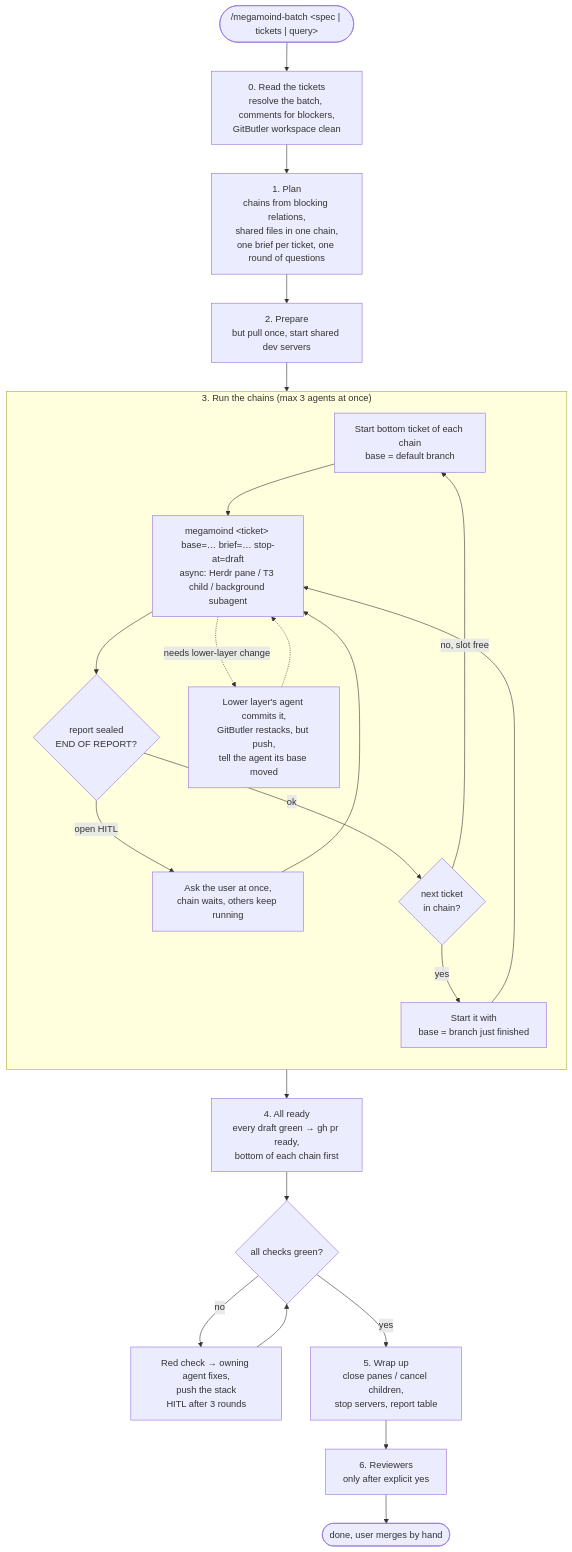
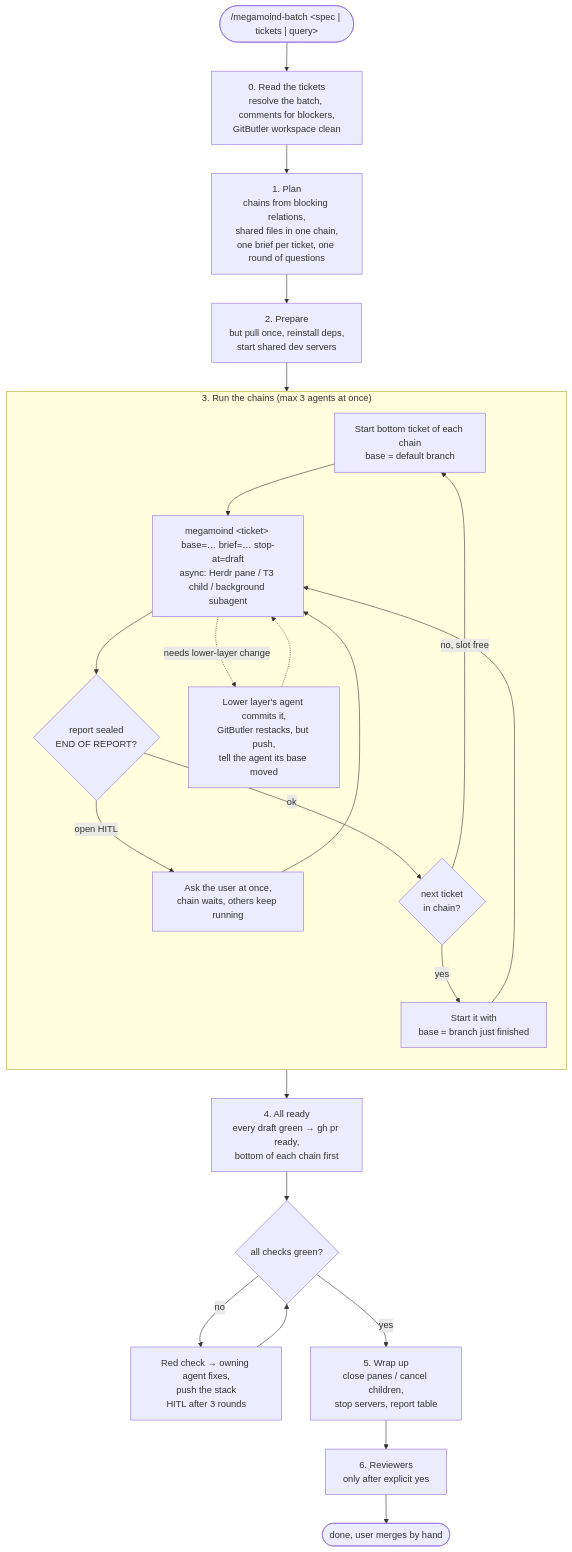
The second of 2 diagrams in docs/megamoind.md (moisesrj97/skills), drawn with Mermaid before and after one commit. The commit also changed other lines of this file and 5 other files, not shown here.

````diff
--- a/docs/megamoind.md
+++ b/docs/megamoind.md
@@ -38,29 +38,29 @@
 ```mermaid
 flowchart TD
     start(["/megamoind-batch &lt;spec | tickets | query&gt;"]) --> s0["0. Read the tickets<br/>resolve the batch, comments for blockers,<br/>GitButler workspace clean"]
     s0 --> s1["1. Plan<br/>chains from blocking relations,<br/>shared files in one chain,<br/>one brief per ticket, one round of questions"]
-    s1 --> s2["2. Prepare<br/>but pull once, start shared dev servers"]
+    s1 --> s2["2. Prepare<br/>but pull once, reinstall deps,<br/>start shared dev servers"]
     s2 --> s3
 
     subgraph s3["3. Run the chains (max 3 agents at once)"]
         direction TD
         pick["Start bottom ticket of each chain<br/>base = default branch"] --> agent["megamoind &lt;ticket&gt; base=… brief=… stop-at=draft<br/>async: Herdr pane / T3 child / background subagent"]
         agent --> report{"report sealed<br/>END OF REPORT?"}
         report -- "open HITL" --> ask["Ask the user at once,<br/>chain waits, others keep running"]
         ask --> agent
         report -- ok --> next{"next ticket<br/>in chain?"}
         next -- yes --> stack["Start it with<br/>base = branch just finished"]
         stack --> agent
         next -- "no, slot free" --> pick
         agent -. "needs lower-layer change" .-> lower["Lower layer's agent commits it,<br/>GitButler restacks, but push,<br/>tell the agent its base moved"]
         lower -.-> agent
     end
 
     s3 --> s4["4. All ready<br/>every draft green → gh pr ready,<br/>bottom of each chain first"]
     s4 --> ci{"all checks green?"}
     ci -- no --> fix["Red check → owning agent fixes,<br/>push the stack<br/>HITL after 3 rounds"]
     fix --> ci
     ci -- yes --> s5["5. Wrap up<br/>close panes / cancel children,<br/>stop servers, report table"]
     s5 --> s6["6. Reviewers<br/>only after explicit yes"]
     s6 --> done([done, user merges by hand])
 ```
````
